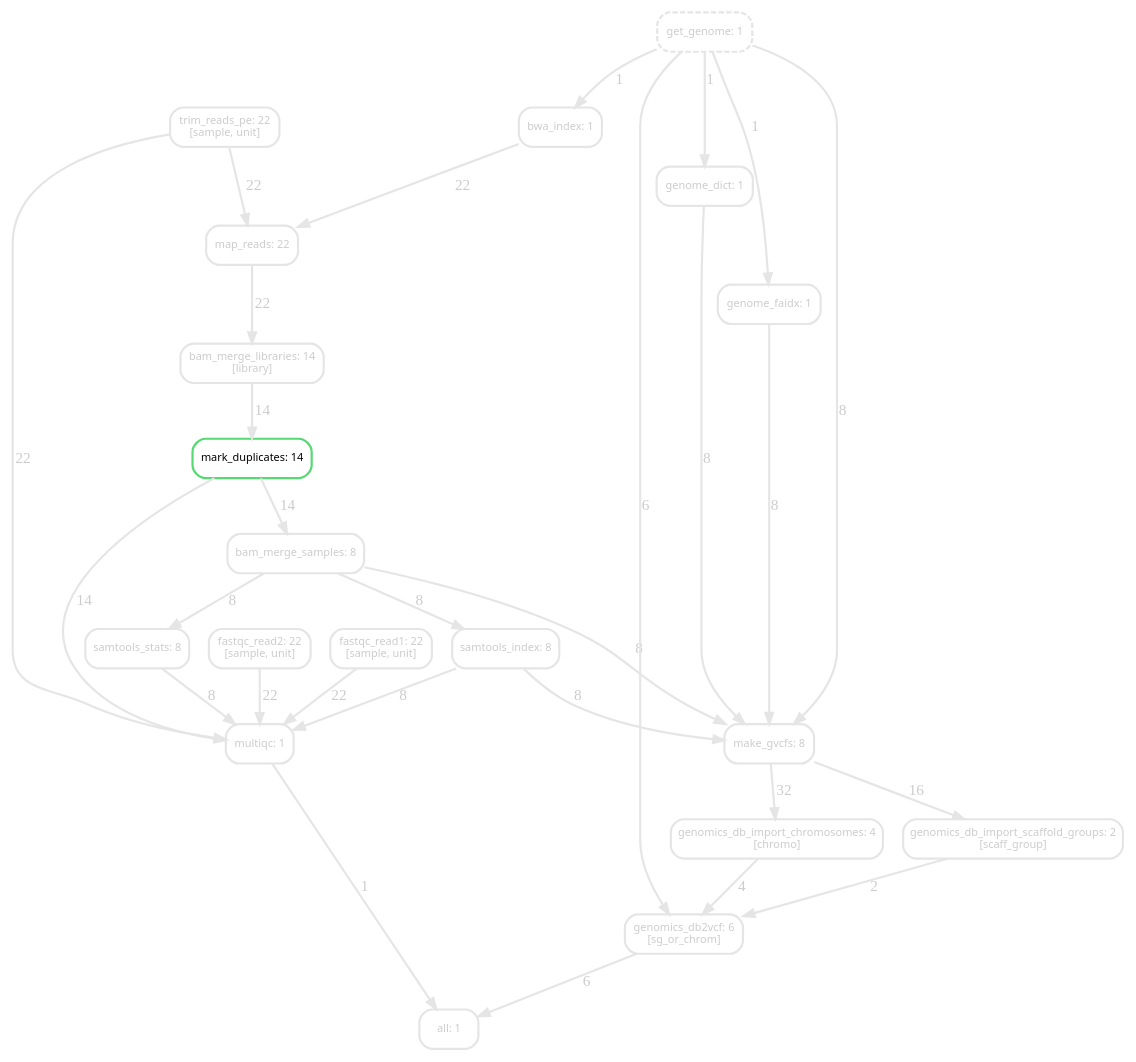
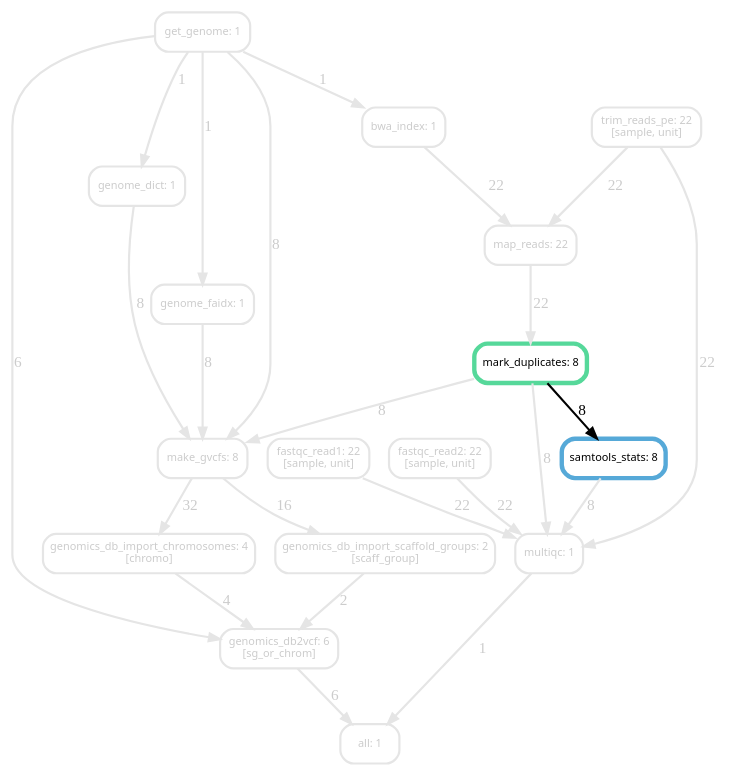
The diagram in figure-creation/non-model-wgs-workflow-dags/mark-dup.dot (ambuvjyn/eca-bioinf-handbook), drawn with Graphviz before and after one commit. The commit also changed 52 other files, not shown here.

```diff
--- a/figure-creation/non-model-wgs-workflow-dags/mark-dup.dot
+++ b/figure-creation/non-model-wgs-workflow-dags/mark-dup.dot
@@ -1,52 +1,44 @@
 digraph snakemake_dag {
     graph[bgcolor=white, margin=0];
     node[shape=box, style=rounded, fontname=sans,  color="gray90",  fontcolor="gray80",  fontsize=10, penwidth=2];
     edge[penwidth=2, color="gray90", fontcolor="gray80"];
-    1[label = "bam_merge_libraries: 14\n[library]", style="rounded"];
-    2[label = "bam_merge_samples: 8", style="rounded"];
-    3[label = "bwa_index: 1", style="rounded"];
-    4[label = "fastqc_read1: 22\n[sample, unit]", style="rounded"];
-    5[label = "fastqc_read2: 22\n[sample, unit]", style="rounded"];
-    6[label = "genome_dict: 1", style="rounded"];
-    7[label = "genome_faidx: 1", style="rounded"];
-    8[label = "genomics_db_import_chromosomes: 4\n[chromo]", style="rounded"];
-    9[label = "genomics_db_import_scaffold_groups: 2\n[scaff_group]", style="rounded"];
-    10[label = "genomics_db2vcf: 6\n[sg_or_chrom]", style="rounded"];
-    11[label = "get_genome: 1", style="rounded,dashed"];
-    12[label = "make_gvcfs: 8", style="rounded"];
-    13[label = "map_reads: 22", style="rounded"];
-    14[label = "mark_duplicates: 14", style="rounded",  color = "0.37 0.6 0.85", fontcolor="black", penwith=4];
-    15[label = "multiqc: 1", style="rounded"];
-    16[label = "samtools_index: 8", style="rounded"];
-    17[label = "samtools_stats: 8", style="rounded"];
-    18[label = "trim_reads_pe: 22\n[sample, unit]", style="rounded"];
-    19[label = "all: 1", style="rounded"];
-    1 -> 14 [label = "14"];
-    2 -> 12 [label = "8"];
-    2 -> 16 [label = "8"];
-    2 -> 17 [label = "8"];
+    1[label = "bwa_index: 1", style="rounded"];
+    2[label = "fastqc_read1: 22\n[sample, unit]", style="rounded"];
+    3[label = "fastqc_read2: 22\n[sample, unit]", style="rounded"];
+    4[label = "genome_dict: 1", style="rounded"];
+    5[label = "genome_faidx: 1", style="rounded"];
+    6[label = "genomics_db_import_chromosomes: 4\n[chromo]", style="rounded"];
+    7[label = "genomics_db_import_scaffold_groups: 2\n[scaff_group]", style="rounded"];
+    8[label = "genomics_db2vcf: 6\n[sg_or_chrom]", style="rounded"];
+    9[label = "get_genome: 1", style="rounded"];
+    10[label = "make_gvcfs: 8", style="rounded"];
+    11[label = "map_reads: 22", style="rounded"];
+    12[label = "mark_duplicates: 8", color = "0.42 0.6 0.85", style="rounded", fontcolor="black", penwidth=4];
+    13[label = "multiqc: 1", style="rounded"];
+    14[label = "samtools_stats: 8", style="rounded", color = "0.56 0.6 0.85", fontcolor="black", penwidth=4];
+    15[label = "trim_reads_pe: 22\n[sample, unit]", style="rounded"];
+    16[label = "all: 1", style="rounded"];
+    1 -> 11 [label = "22"];
+    2 -> 13 [label = "22"];
     3 -> 13 [label = "22"];
-    4 -> 15 [label = "22"];
-    5 -> 15 [label = "22"];
-    6 -> 12 [label = "8"];
-    7 -> 12 [label = "8"];
-    8 -> 10 [label = "4"];
-    9 -> 10 [label = "2"];
-    10 -> 19 [label = "6"];
-    11 -> 3 [label = "1"];
-    11 -> 6 [label = "1"];
-    11 -> 7 [label = "1"];
-    11 -> 10 [label = "6"];
-    11 -> 12 [label = "8"];
-    12 -> 8 [label = "32"];
-    12 -> 9 [label = "16"];
-    13 -> 1 [label = "22"];
-    14 -> 2 [label = "14"];
-    14 -> 15 [label = "14"];
-    15 -> 19 [label = "1"];
-    16 -> 12 [label = "8"];
-    16 -> 15 [label = "8"];
-    17 -> 15 [label = "8"];
-    18 -> 13 [label = "22"];
-    18 -> 15 [label = "22"];
+    4 -> 10 [label = "8"];
+    5 -> 10 [label = "8"];
+    6 -> 8 [label = "4"];
+    7 -> 8 [label = "2"];
+    8 -> 16 [label = "6"];
+    9 -> 1 [label = "1"];
+    9 -> 4 [label = "1"];
+    9 -> 5 [label = "1"];
+    9 -> 8 [label = "6"];
+    9 -> 10 [label = "8"];
+    10 -> 6 [label = "32"];
+    10 -> 7 [label = "16"];
+    11 -> 12 [label = "22"];
+    12 -> 10 [label = "8"];
+    12 -> 13 [label = "8"];
+    12 -> 14 [label = "8", color="black", fontcolor="black"];
+    13 -> 16 [label = "1"];
+    14 -> 13 [label = "8"];
+    15 -> 11 [label = "22"];
+    15 -> 13 [label = "22"];
 }
```
